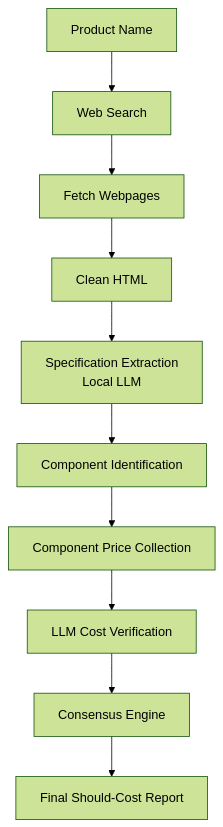
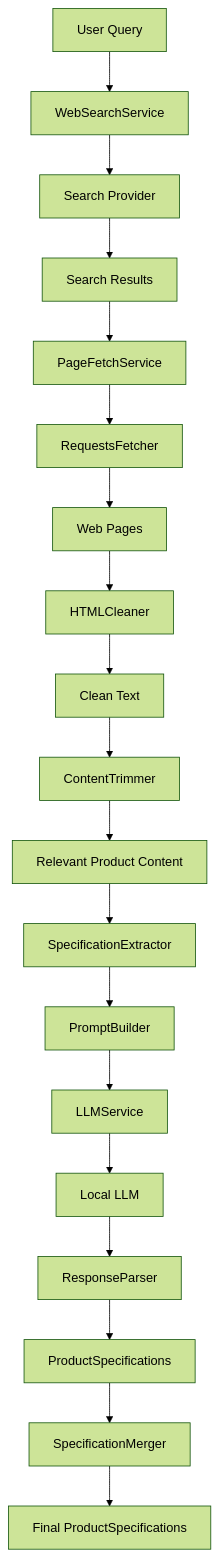
The diagram in README.md (bhoomiladia/costForge), drawn with Mermaid (forest theme) before and after one commit. The commit also changed other lines of this file and 28 other files, not shown here.

Commit message:
refactor: implement end-to-end product extraction pipeline

````diff
--- a/README.md
+++ b/README.md
@@ -52,23 +52,31 @@
 ```mermaid
 flowchart TD
 
-A[Product Name]
+A[User Query] --> B[WebSearchService]
 
-A --> B[Web Search]
+B --> C[Search Provider]
+C --> D[Search Results]
 
-B --> C[Fetch Webpages]
+D --> E[PageFetchService]
+E --> F[RequestsFetcher]
+F --> G[Web Pages]
 
-C --> D[Clean HTML]
+G --> H[HTMLCleaner]
+H --> I[Clean Text]
 
-D --> E[Specification Extraction<br/>Local LLM]
+I --> J[ContentTrimmer]
+J --> K[Relevant Product Content]
 
-E --> F[Component Identification]
+K --> L[SpecificationExtractor]
 
-F --> G[Component Price Collection]
+L --> M[PromptBuilder]
+M --> N[LLMService]
+N --> O[Local LLM]
+O --> P[ResponseParser]
 
-G --> H[LLM Cost Verification]
+P --> Q[ProductSpecifications]
 
-H --> I[Consensus Engine]
+Q --> R[SpecificationMerger]
 
-I --> J[Final Should-Cost Report]
+R --> S[Final ProductSpecifications]
 ```
````
